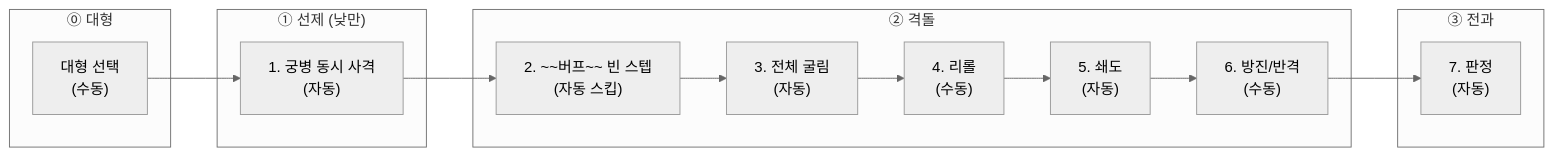
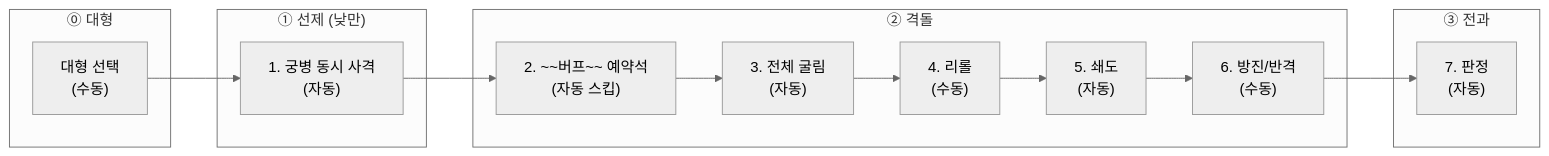
The diagram in 02_전투/구조/전투구조.md (roam1215-beep/Chronicle-wiki), drawn with Mermaid (neutral theme) before and after one commit. The commit also changed other lines of this file and 2 other files, not shown here.

Commit message:
[정합성] 7차 QA — 추종자 조언 삭제 + 홀드탭/스텝2/우연 정합
추종자 조언 삭제:
① 이야기카드규칙 ③ 페이즈 흐름: 추종자 조언 단계 삭제 (6단계→5단계)
② 이야기카드규칙 ④ 추종자 조언 섹션 전체 삭제
③ 이야기카드규칙 ⑩ 설계근거: 추종자 조언 참조 삭제
④ 덱빌딩: 추종자 '조언' 참조 삭제

자동 수정 6건:
⑤ 이야기카드규칙 ③ 2번: 일러스트 일렁임→뒷면 유형 확인+우연 위장
⑥ 이야기카드규칙 ② 3번: 배경 상황→배경 장소 (우연 빈도 주체)
⑦ 이야기카드규칙 ⑤ 운명 뒷면: 이벤트→이야기 (용어 통일)
⑧ 전투구조 mermaid+판단포인트맵: 빈 스텝→예약석
⑨ 덱빌딩 ④ 우연: 3분위→우연-전투/우연-이벤트 2종+위장

````diff
--- a/02_전투/구조/전투구조.md
+++ b/02_전투/구조/전투구조.md
@@ -193,18 +193,18 @@
 ```mermaid
 flowchart LR
     subgraph "⓪ 대형"
         S0["대형 선택\n(수동)"]
     end
     subgraph "① 선제 (낮만)"
         S1["1. 궁병 동시 사격\n(자동)"]
     end
     subgraph "② 격돌"
-        S2["2. ~~버프~~ 빈 스텝\n(자동 스킵)"] --> S3["3. 전체 굴림\n(자동)"] --> S4["4. 리롤\n(수동)"] --> S5["5. 쇄도\n(자동)"] --> S6["6. 방진/반격\n(수동)"]
+        S2["2. ~~버프~~ 예약석\n(자동 스킵)"] --> S3["3. 전체 굴림\n(자동)"] --> S4["4. 리롤\n(수동)"] --> S5["5. 쇄도\n(자동)"] --> S6["6. 방진/반격\n(수동)"]
     end
     subgraph "③ 전과"
         S7["7. 판정\n(자동)"]
     end
     S0 --> S1
     S1 --> S2
     S6 --> S7
 ```
````
